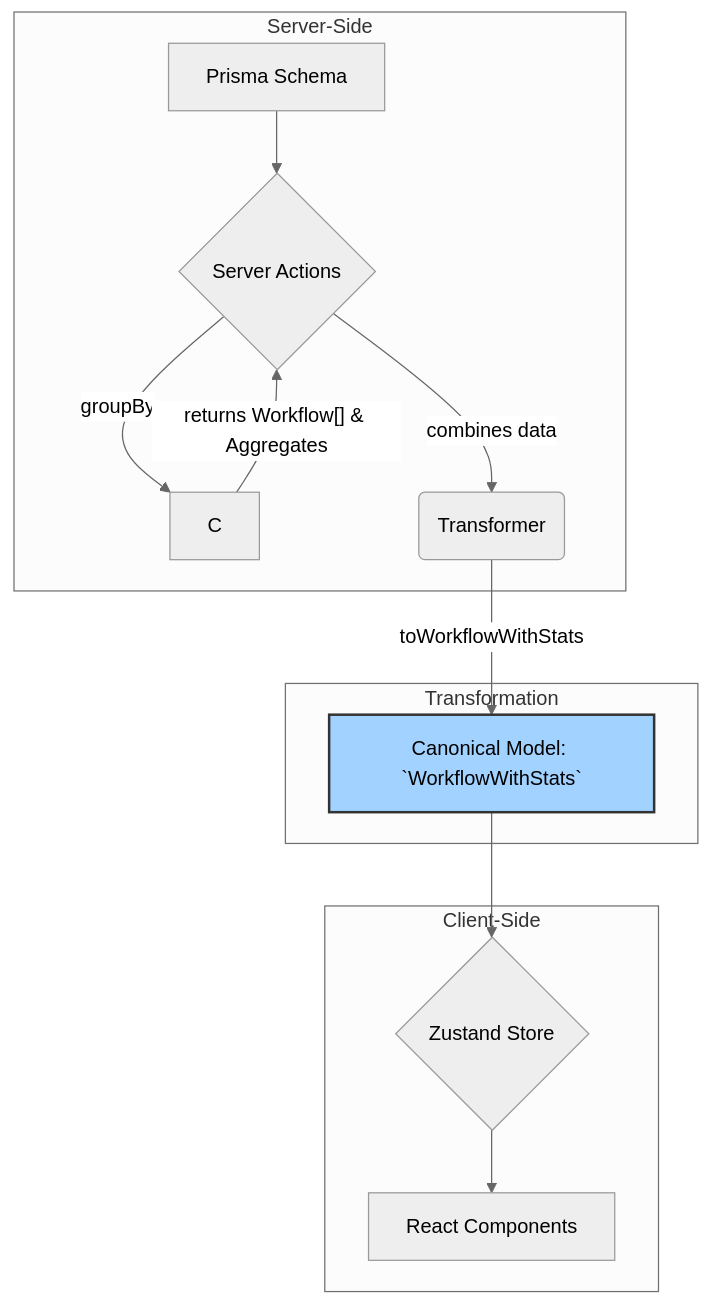
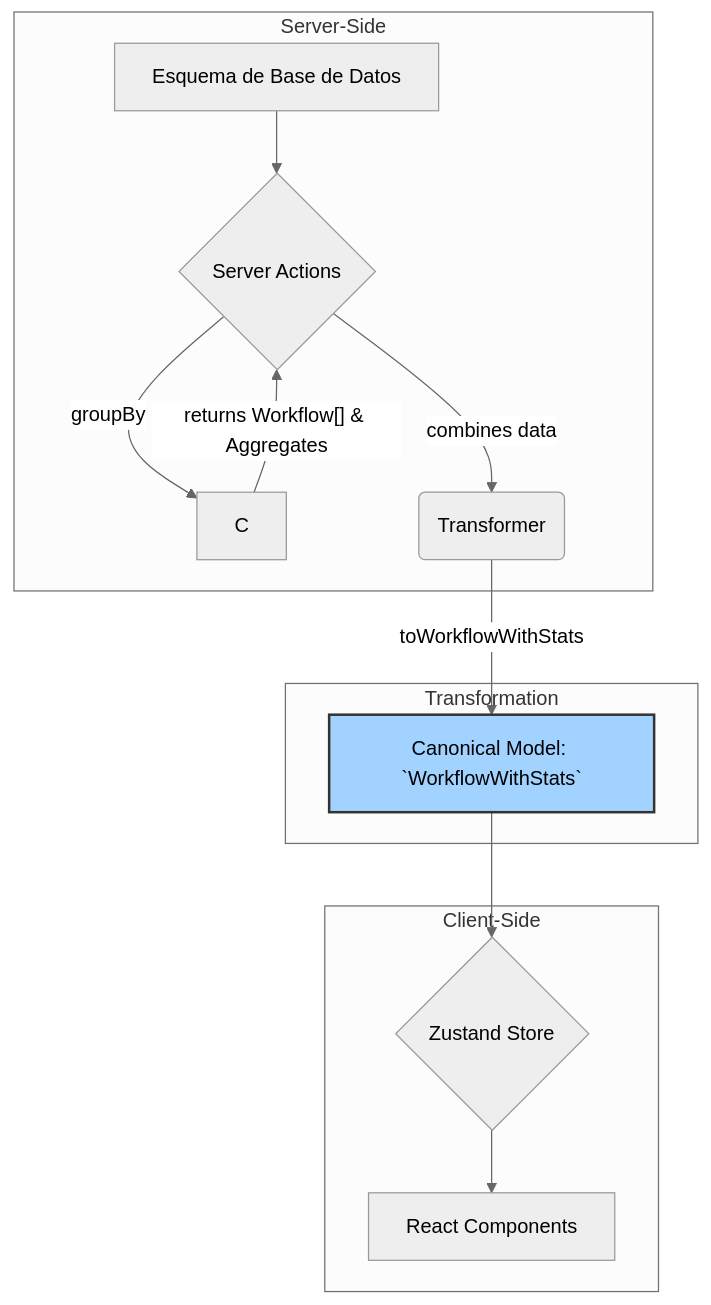
Before and after one commit to gvastethecreator/media-manager: the diagram in src/types/entities/workflow/documentation.md, drawn with Mermaid (neutral theme). The commit also changed 185 other files, not shown here.

````diff
--- a/src/types/entities/workflow/documentation.md
+++ b/src/types/entities/workflow/documentation.md
@@ -60,21 +60,21 @@
 ```mermaid
 graph TD
     subgraph "Server-Side"
-        A[Prisma Schema] --> B{Server Actions};
+        A[Esquema de Base de Datos] --> B{Server Actions};
         
         B -- "groupBy<WorkflowExecution>" --> C;
         C -- "returns Workflow[] & Aggregates" --> B;
         B -- "combines data" --> D(Transformer);
     end
 
     subgraph "Transformation"
         D -- "`toWorkflowWithStats`" --> E[Canonical Model: `WorkflowWithStats`];
     end
 
     subgraph "Client-Side"
         E --> F{Zustand Store};
         F --> G[React Components];
     end
 
     style E fill:#a2d2ff,stroke:#333,stroke-width:2px
 ```
````
